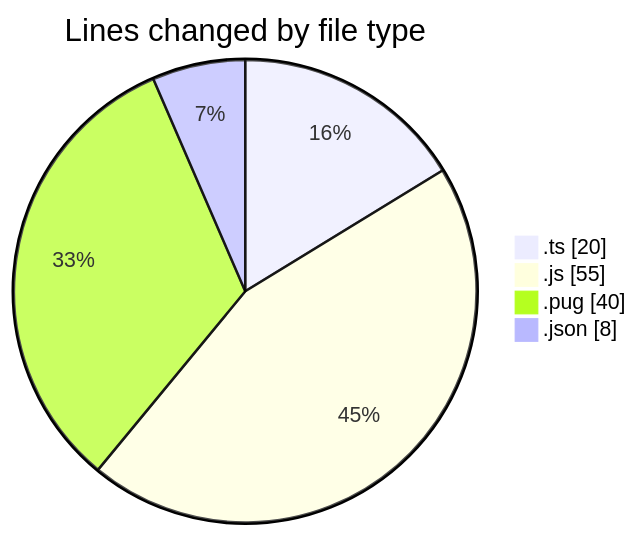
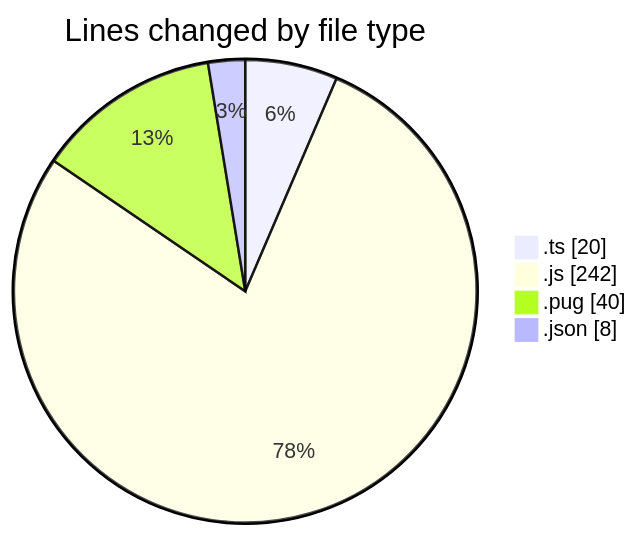
One commit to momahboobian/code-tracking changed the first of 2 diagrams in 2025-02-25/cda/README.md. Above: the diagram before and after it, drawn with Mermaid. The commit also changed other lines of this file and 1 other file, not shown here.

````diff
--- a/2025-02-25/cda/README.md
+++ b/2025-02-25/cda/README.md
@@ -25,8 +25,8 @@
 ```mermaid
 pie showData
 title Lines changed by file type
 ".ts" : 20
-".js" : 55
+".js" : 242
 ".pug" : 40
 ".json" : 8
 ```
````
